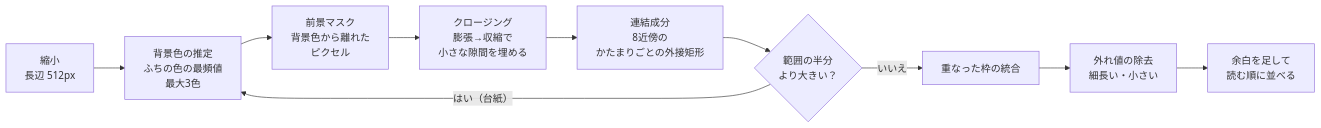
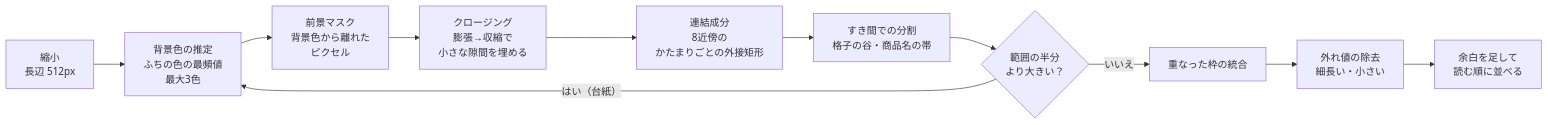
One commit to XiLyy/Random-Trade changed the second of 2 diagrams in docs/03-mvp-design.md. Above: the diagram before and after it, drawn with Mermaid. The commit also changed other lines of this file and 5 other files, not shown here.

````diff
--- a/docs/03-mvp-design.md
+++ b/docs/03-mvp-design.md
@@ -113,12 +113,13 @@
 ```mermaid
 flowchart LR
   A["縮小<br>長辺 512px"] --> B["背景色の推定<br>ふちの色の最頻値<br>最大3色"]
   B --> C["前景マスク<br>背景色から離れた<br>ピクセル"]
   C --> D["クロージング<br>膨張→収縮で<br>小さな隙間を埋める"]
   D --> E["連結成分<br>8近傍の<br>かたまりごとの外接矩形"]
-  E --> F{"範囲の半分<br>より大きい？"}
+  E --> S["すき間での分割<br>格子の谷・商品名の帯"]
+  S --> F{"範囲の半分<br>より大きい？"}
   F -- "はい（台紙）" --> B
   F -- "いいえ" --> G["重なった枠の統合"]
   G --> H["外れ値の除去<br>細長い・小さい"]
   H --> I["余白を足して<br>読む順に並べる"]
 ```
````
